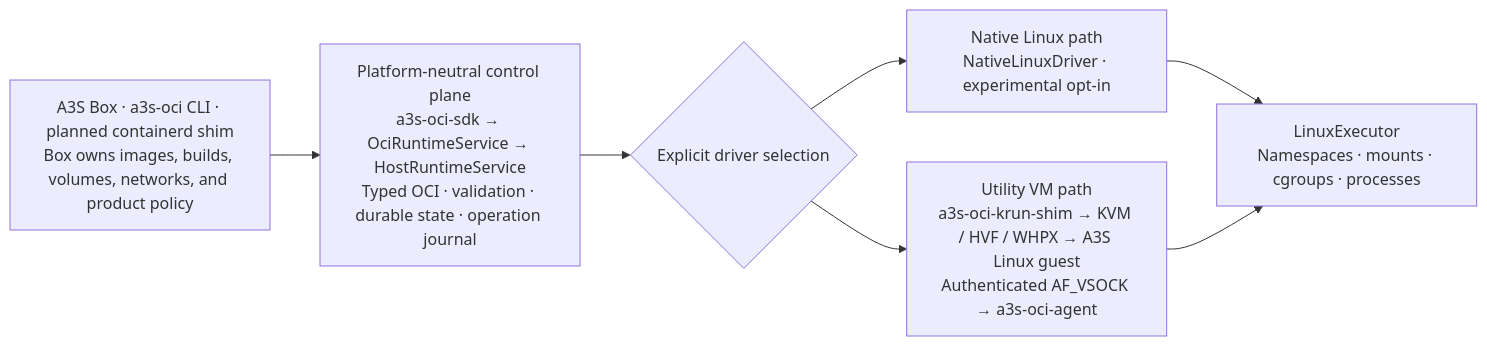
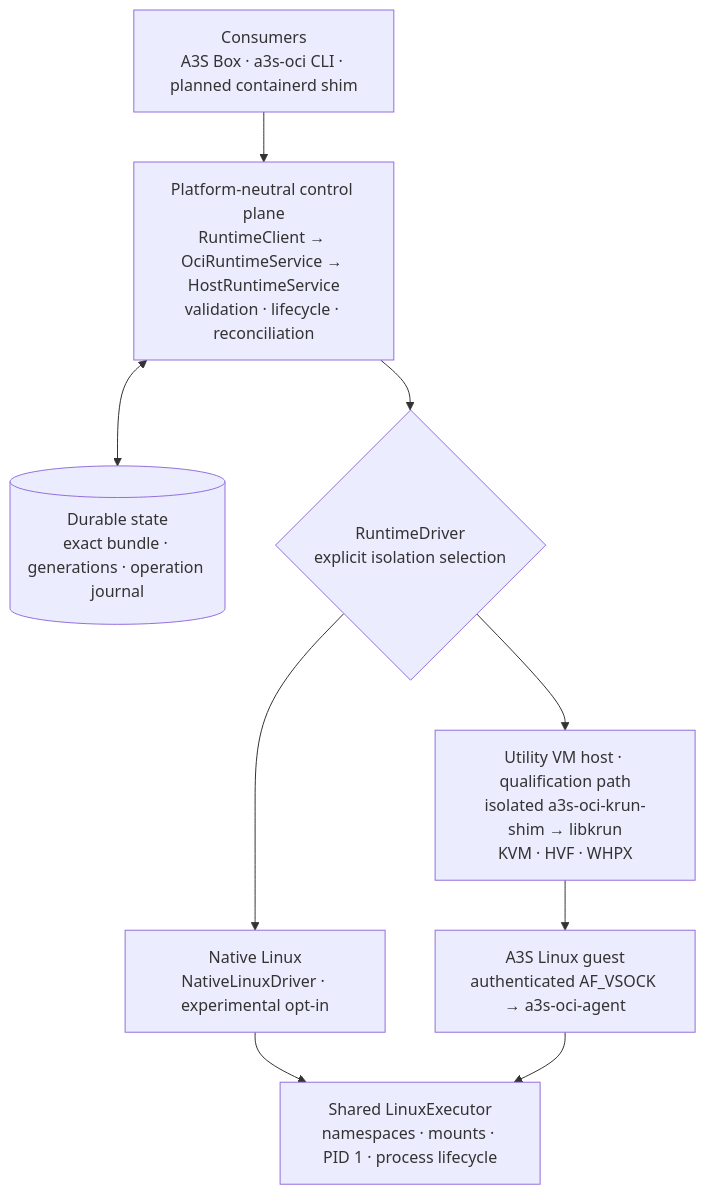
One commit to A3S-Lab/OCI-Runtime changed the diagram in README.md. Above: the diagram before and after it, drawn with Mermaid. The commit also changed other lines of this file, not shown here.

Commit message:
docs: refine README architecture

````diff
--- a/README.md
+++ b/README.md
@@ -376,13 +376,16 @@
 ```mermaid
-flowchart LR
-    callers["A3S Box · a3s-oci CLI · planned containerd shim<br/>Box owns images, builds, volumes, networks, and product policy"]
-    control["Platform-neutral control plane<br/>a3s-oci-sdk → OciRuntimeService → HostRuntimeService<br/>Typed OCI · validation · durable state · operation journal"]
-    selection{"Explicit driver selection"}
-    native["Native Linux path<br/>NativeLinuxDriver · experimental opt-in"]
-    utility["Utility VM path<br/>a3s-oci-krun-shim → KVM / HVF / WHPX → A3S Linux guest<br/>Authenticated AF_VSOCK → a3s-oci-agent"]
-    executor["LinuxExecutor<br/>Namespaces · mounts · cgroups · processes"]
+flowchart TB
+    consumers["Consumers<br/>A3S Box · a3s-oci CLI · planned containerd shim"]
+    control["Platform-neutral control plane<br/>RuntimeClient → OciRuntimeService → HostRuntimeService<br/>validation · lifecycle · reconciliation"]
+    state[("Durable state<br/>exact bundle · generations · operation journal")]
+    selection{"RuntimeDriver<br/>explicit isolation selection"}
+    native["Native Linux<br/>NativeLinuxDriver · experimental opt-in"]
+    utility["Utility VM host · qualification path<br/>isolated a3s-oci-krun-shim → libkrun<br/>KVM · HVF · WHPX"]
+    agent["A3S Linux guest<br/>authenticated AF_VSOCK → a3s-oci-agent"]
+    executor["Shared LinuxExecutor<br/>namespaces · mounts · PID 1 · process lifecycle"]
 
-    callers --> control --> selection
+    consumers --> control --> selection
+    control <--> state
     selection --> native --> executor
-    selection --> utility --> executor
+    selection --> utility --> agent --> executor
 ```
````
